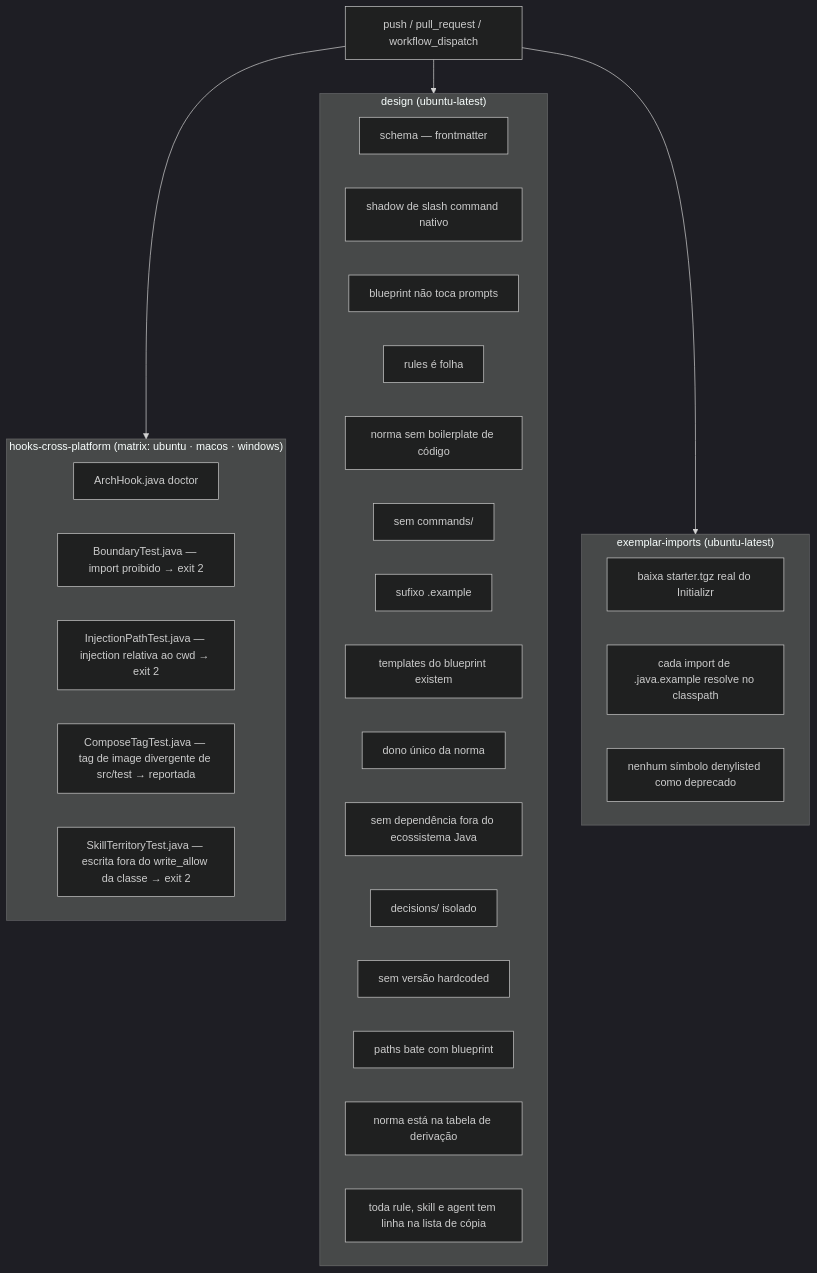
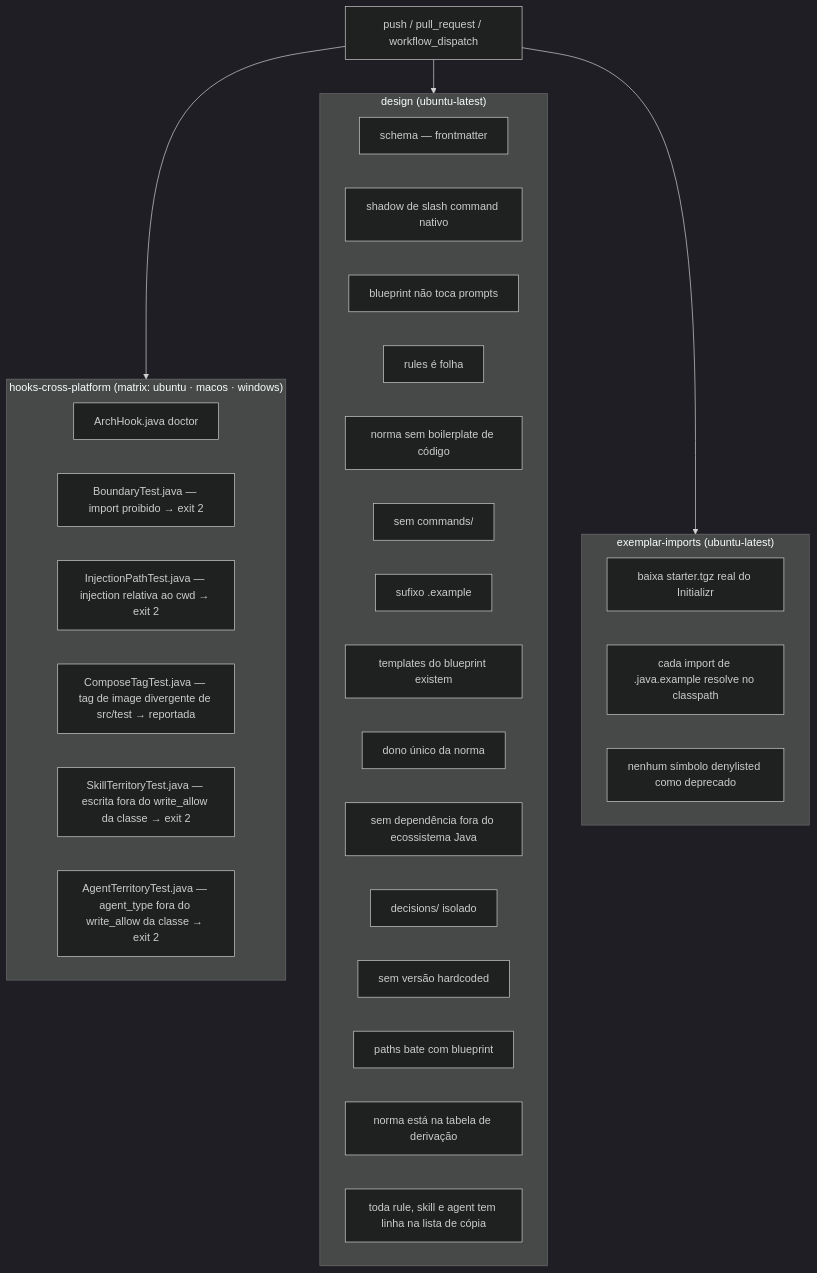
Before and after one commit to ice-lfernandes/claude-spring-architect: the diagram in docs/07-ci-validate.md, drawn with Mermaid (dark theme). The commit also changed other lines of this file and 23 other files, not shown here.

First line of the commit message:
feat: agent classes as data — body schema, required frontmatter, and write territory keyed on agent_type

````diff
--- a/docs/07-ci-validate.md
+++ b/docs/07-ci-validate.md
@@ -17,38 +17,39 @@
 ```mermaid
 flowchart TD
     T[push / pull_request / workflow_dispatch] --> J1
     T --> J2
     T --> J3
 
     subgraph J1["hooks-cross-platform (matrix: ubuntu · macos · windows)"]
         H1[ArchHook.java doctor]
         H2[BoundaryTest.java — import proibido → exit 2]
         H3[InjectionPathTest.java — injection relativa ao cwd → exit 2]
         H4[ComposeTagTest.java — tag de image divergente de src/test → reportada]
         H5[SkillTerritoryTest.java — escrita fora do write_allow da classe → exit 2]
+        H6[AgentTerritoryTest.java — agent_type fora do write_allow da classe → exit 2]
     end
 
     subgraph J2["design (ubuntu-latest)"]
         D1[schema — frontmatter]
         D3[shadow de slash command nativo]
         D4[blueprint não toca prompts]
         D5[rules é folha]
         D6[norma sem boilerplate de código]
         D7[sem commands/]
         D8[sufixo .example]
         D9[templates do blueprint existem]
         D10[dono único da norma]
         D11[sem dependência fora do ecossistema Java]
         D12[decisions/ isolado]
         D13[sem versão hardcoded]
         D14[paths bate com blueprint]
         D15[norma está na tabela de derivação]
         D16[toda rule, skill e agent tem linha na lista de cópia]
     end
 
     subgraph J3["exemplar-imports (ubuntu-latest)"]
         E1[baixa starter.tgz real do Initializr]
         E2[cada import de .java.example resolve no classpath]
         E3[nenhum símbolo denylisted como deprecado]
     end
 ```
````
